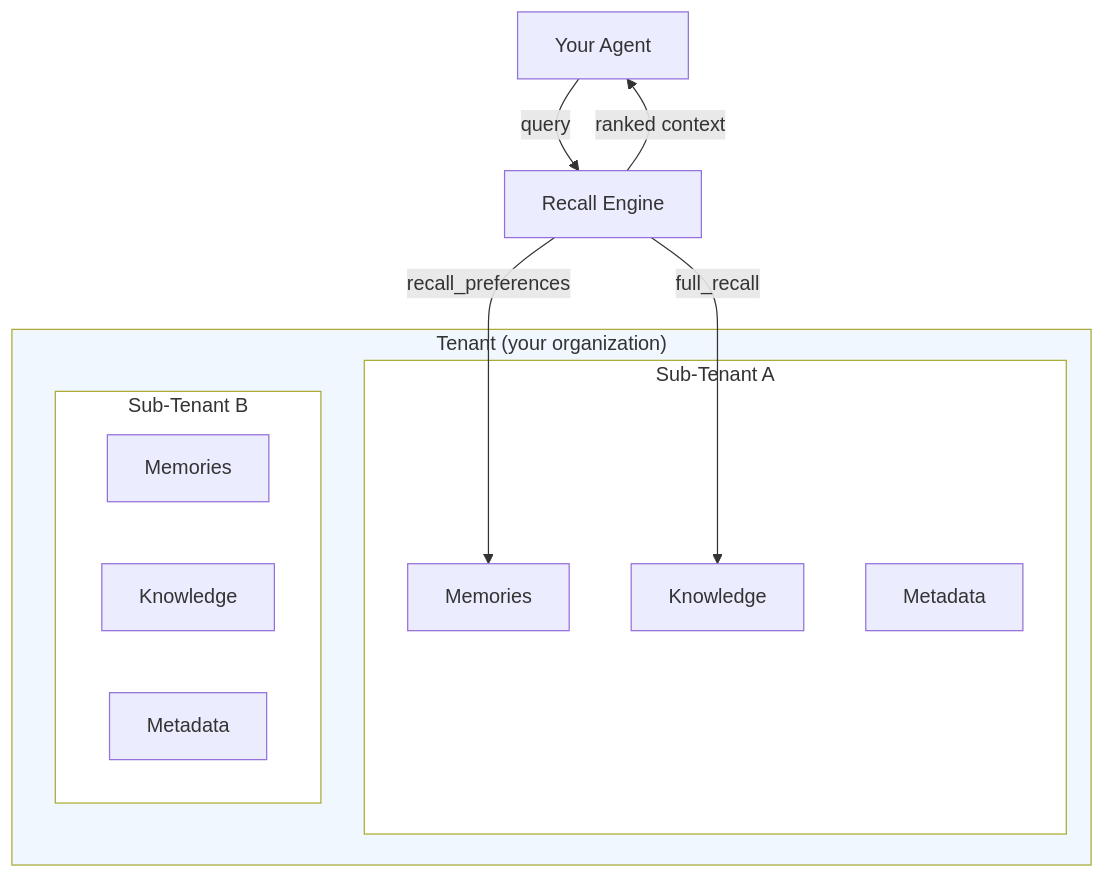
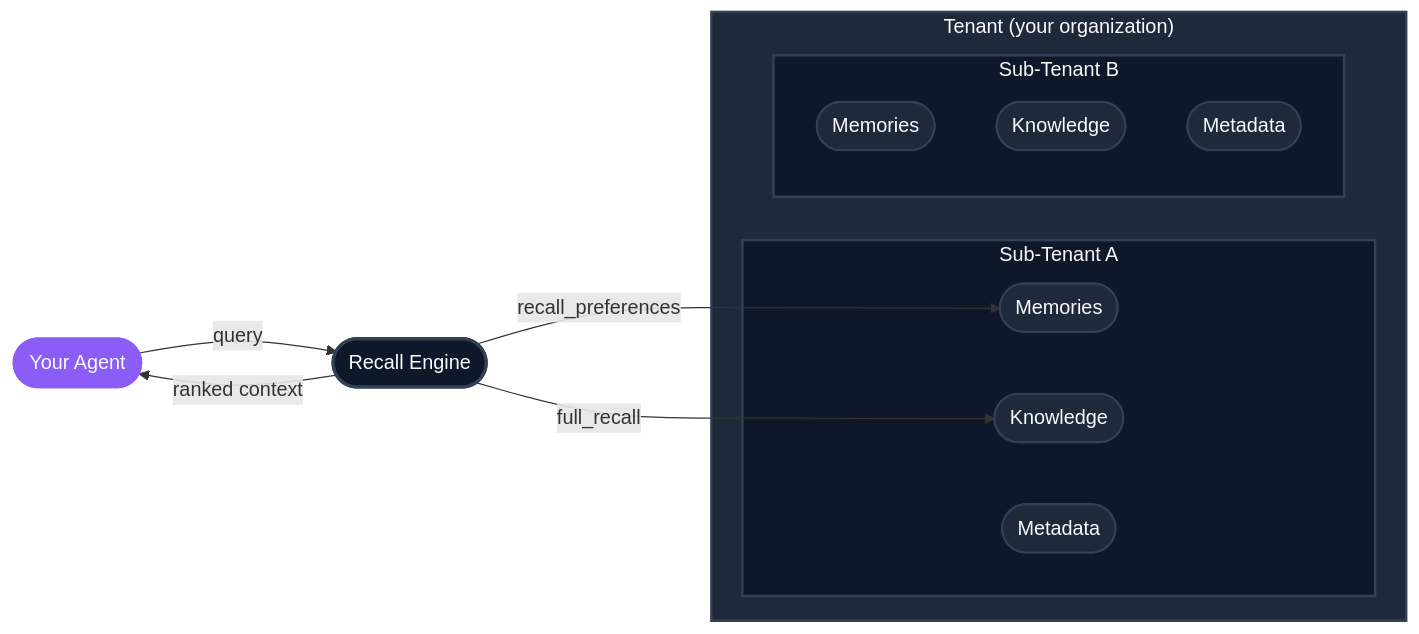
The diagram in get-started/core-concepts.mdx (donendosted/mintlify-docs), drawn with Mermaid before and after one commit. The commit also changed other lines of this file and 20 other files, not shown here.

````diff
--- a/get-started/core-concepts.mdx
+++ b/get-started/core-concepts.mdx
@@ -26,24 +26,40 @@
 ```mermaid
-flowchart TB
-  subgraph Tenant["Tenant (your organization)"]
-    subgraph SubA["Sub-Tenant A"]
-      M1[Memories]
-      K1[Knowledge]
-      MD1[Metadata]
-    end
-    subgraph SubB["Sub-Tenant B"]
-      M2[Memories]
-      K2[Knowledge]
-      MD2[Metadata]
-    end
-  end
+flowchart LR
+ %% Core structure
+ subgraph Tenant["Tenant (your organization)"]
+ subgraph SubA["Sub-Tenant A"]
+ M1([Memories])
+ K1([Knowledge])
+ MD1([Metadata])
+ end
+ subgraph SubB["Sub-Tenant B"]
+ M2([Memories])
+ K2([Knowledge])
+ MD2([Metadata])
+ end
+ end
 
-  Agent[Your Agent] -->|query| Recall[Recall Engine]
-  Recall -->|recall_preferences| M1
-  Recall -->|full_recall| K1
-  Recall -->|ranked context| Agent
+ Agent([Your Agent]) -->|query| Recall([Recall Engine])
+ Recall -->|recall_preferences| M1
+ Recall -->|full_recall| K1
+ Recall -->|ranked context| Agent
 
-  style Tenant fill:#f0f7ff
-  style SubA fill:#ffffff
-  style SubB fill:#ffffff
+ %% --- HydraDB Dark Mode Styles ---
+
+ %% Tenant group backgrounds
+ style Tenant fill:#1e293b,stroke:#334155,stroke-width:2px,color:#f8fafc,stroke-linecap:round
+ style SubA fill:#0f172a,stroke:#334155,stroke-width:2px,color:#f8fafc,stroke-linecap:round
+ style SubB fill:#0f172a,stroke:#334155,stroke-width:2px,color:#f8fafc,stroke-linecap:round
+
+ %% Primitives nodes
+ style M1 fill:#1e293b,stroke:#334155,stroke-width:1.5px,color:#f8fafc,stroke-linecap:round
+ style K1 fill:#1e293b,stroke:#334155,stroke-width:1.5px,color:#f8fafc,stroke-linecap:round
+ style MD1 fill:#1e293b,stroke:#334155,stroke-width:1.5px,color:#f8fafc,stroke-linecap:round
+ style M2 fill:#1e293b,stroke:#334155,stroke-width:1.5px,color:#f8fafc,stroke-linecap:round
+ style K2 fill:#1e293b,stroke:#334155,stroke-width:1.5px,color:#f8fafc,stroke-linecap:round
+ style MD2 fill:#1e293b,stroke:#334155,stroke-width:1.5px,color:#f8fafc,stroke-linecap:round
+
+ %% Primary flow nodes
+ style Agent fill:#8b5cf6,stroke:#8b5cf6,stroke-width:2px,color:#f8fafc,stroke-linecap:round
+ style Recall fill:#0f172a,stroke:#334155,stroke-width:2.5px,color:#f8fafc,stroke-linecap:round
 ```
````
